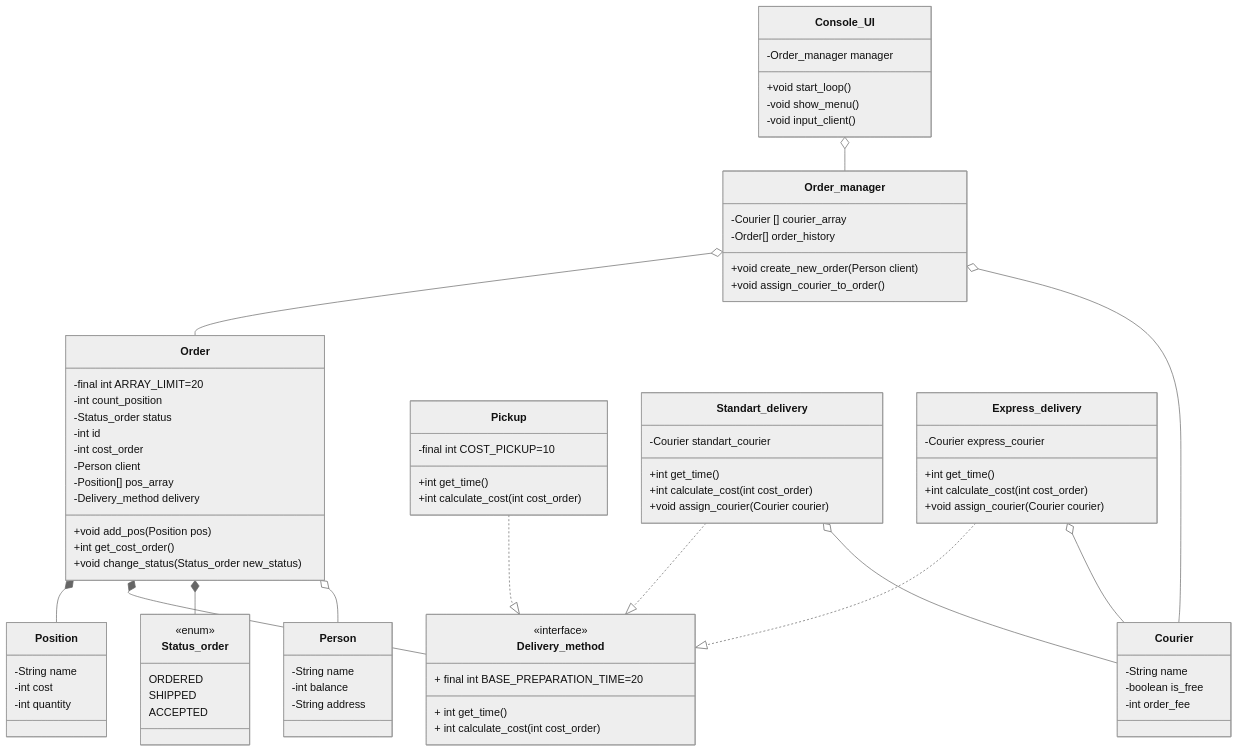
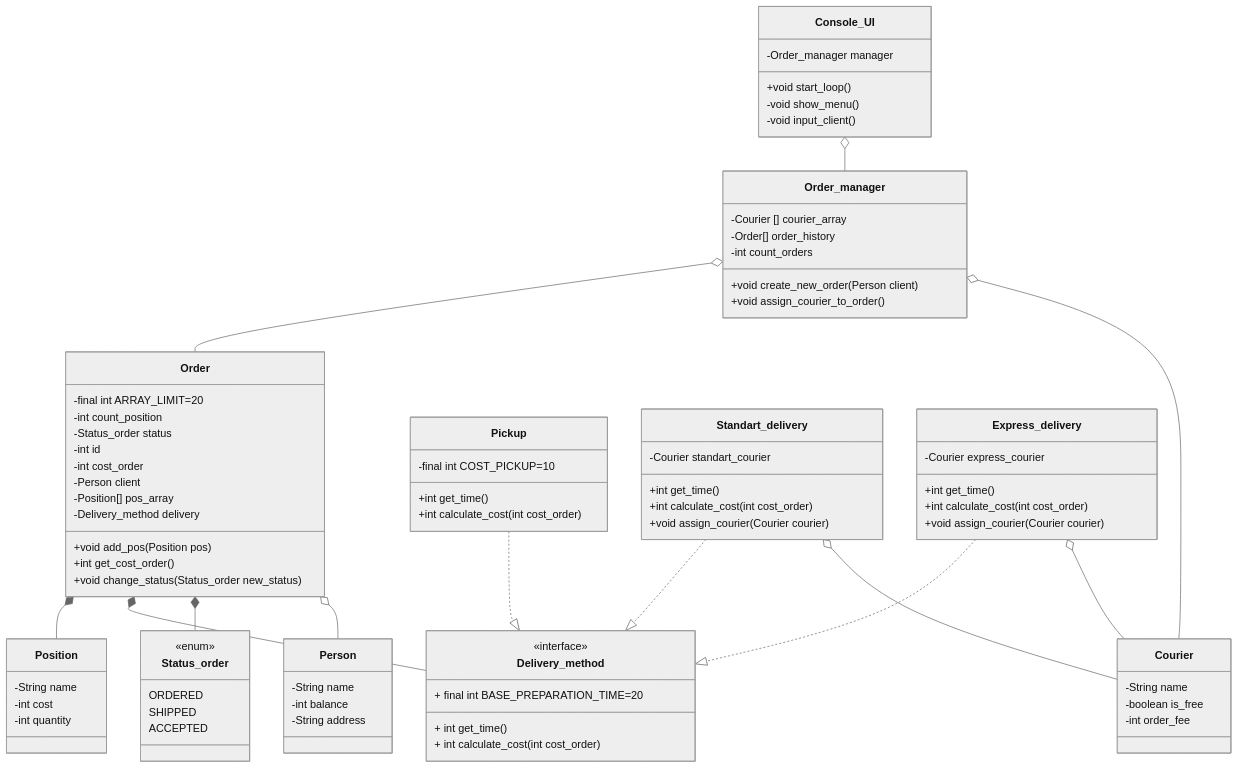
One commit to kirillkushaev2007-boop/Labaratory1 changed the diagram in README.md. Above: the diagram before and after it, drawn with Mermaid (neutral theme).

Commit message:
Update README.md
dd count_orders field to Order_manager in class diagram

```diff
--- a/README.md
+++ b/README.md
@@ -76,6 +76,7 @@
    class Order_manager {
       -Courier [] courier_array
       -Order[] order_history
+      -int count_orders
          %% Хранилище всех заказов системы
       +void create_new_order(Person client)
          %%Создаёт новый заказ (Order), и кладёт его в order_history
```
